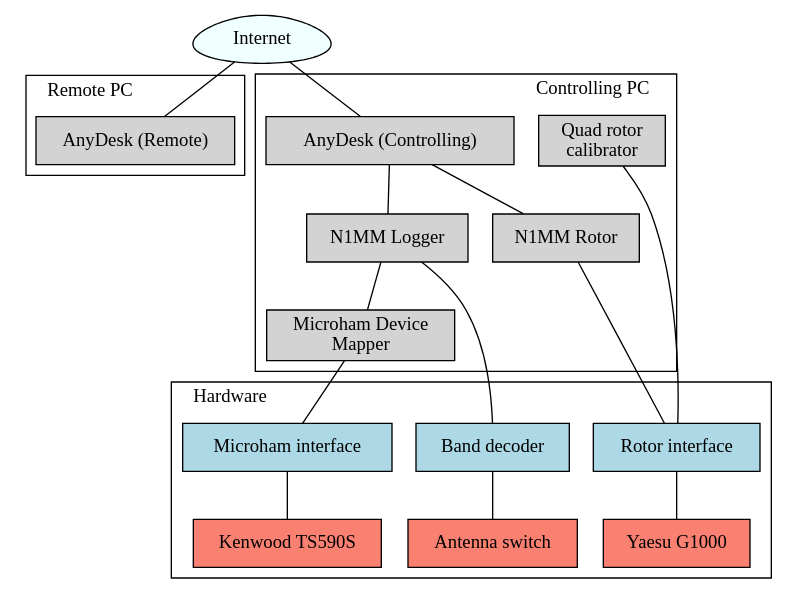
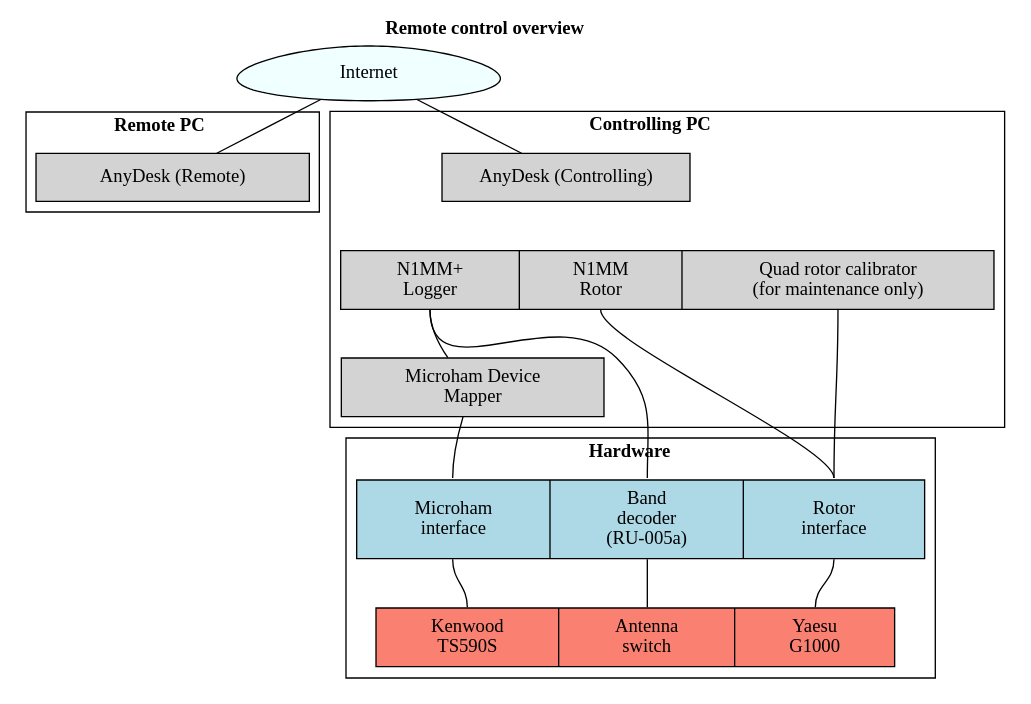
One commit to isemichastnov/hamradio changed the diagram in rk5d-remote/gv/sw.gv. Above: the diagram before and after it, drawn with Graphviz. The commit also changed 8 other files, not shown here.

```diff
--- a/rk5d-remote/gv/sw.gv
+++ b/rk5d-remote/gv/sw.gv
@@ -1,60 +1,53 @@
 digraph Arch {
-    node [shape = rect]
+    node [style = filled, shape = rect, margin = "0.5,0.1"]
     edge [arrowhead = none]
 
+    labelloc = top
+    label = <<b>Remote control overview</b>>
+
     Internet [shape = egg, style = filled, fillcolor = azure]
-    //TODO add User
 
     subgraph cluster0 {
-    label = "Remote PC";
-    labeljust = l;
-    node [style = filled, shape = rect]
-
-    anyDeskRemote [label = "AnyDesk (Remote)"]
+    labeljust = c;
+    label = < <B>Remote PC</B> >;
+    anyDeskRemote [label = "AnyDesk (Remote)", fontstyle = bold]
+    //TODO: add sound mapping
     }
 
     subgraph cluster1 {
-    labeljust = r;
-    label = "Controlling PC "
+    labeljust = c;
+    node [style = filled, shape = rect, margin = "0.5,0.1"]
     edge [arrowhead = none]
-    node [style = filled, shape = rect]
+    label = < <b>Controlling PC</b> >
 
     anyDeskControl [shape = record,label = "{AnyDesk (Controlling)}",margin = "0.2,0.1"];
+    software [shape = record, label = "<n1mm> N1MM+\nLogger | <n1mmRotor>N1MM\nRotor | <rotorCalibrator> Quad rotor calibrator\n(for maintenance only)"]
+    microhamDeviceMapper [label = "Microham Device\nMapper"]
 
-    n1mm [label = "N1MM Logger"]
-    microhamDeviceMapper [label = "Microham Device\nMapper"] //TODO rename
-    anyDeskControl -> n1mm
-
-    n1mm -> microhamDeviceMapper
-    n1mmRotor [label = "N1MM Rotor"]
-    rotorCalibrator [label = "Quad rotor\ncalibrator"] //TODO rename
-    anyDeskControl -> n1mmRotor
+    anyDeskControl -> software [penwidth = 0]
+    software: n1mm -> microhamDeviceMapper
     }
 
     subgraph cluster2 {
+    node [style = filled, shape = rect, margin = "0.5,0.1"]
     edge [arrowhead = none]
-    node [style = filled, shape = rect, fillcolor = salmon]
-    label = "Hardware"
-    labeljust = l;
+    labeljust = c
+    label = < <b>Hardware</b> >
 
-    rotorInterface [label = "Rotor interface", fillcolor = lightblue]
-    rotator [label = "Yaesu G1000"]
-    microham [label = "Microham interface", fillcolor = lightblue]
-    trx [label = "Kenwood TS590S"]
-    ru005 [label = "Band decoder", fillcolor = lightblue]
-    antSwitch [label = "Antenna switch"]
+    controllingHardware [shape = record, fillcolor = lightblue, label = "<microham> Microham\ninterface | <ru005> Band\ndecoder\n(RU-005a) | <rotorInterface> Rotor\ninterface"]
+    radioHardware [shape = record, fillcolor = salmon, label = "<trx> Kenwood\nTS590S | <antSwitch> Antenna\nswitch | <rotor> Yaesu\nG1000"]
 
-    ru005 -> antSwitch
-    microham -> trx
+    controllingHardware: ru005 -> radioHardware: antSwitch
+    controllingHardware: microham -> radioHardware: trx
+    controllingHardware: rotorInterface -> radioHardware: rotor
     }
 
     Internet -> anyDeskRemote
     Internet -> anyDeskControl
 
-    microhamDeviceMapper -> microham
-    n1mm -> ru005
-    n1mmRotor -> rotorInterface //TODO make some horizontal alignments
-    rotorInterface -> rotator
-    rotorCalibrator -> rotorInterface
+    microhamDeviceMapper -> controllingHardware: microham
+    software: n1mm -> controllingHardware: ru005
+    software: n1mmRotor -> controllingHardware: rotorInterface
+    software: rotorCalibrator -> controllingHardware: rotorInterface
 
 }
```
